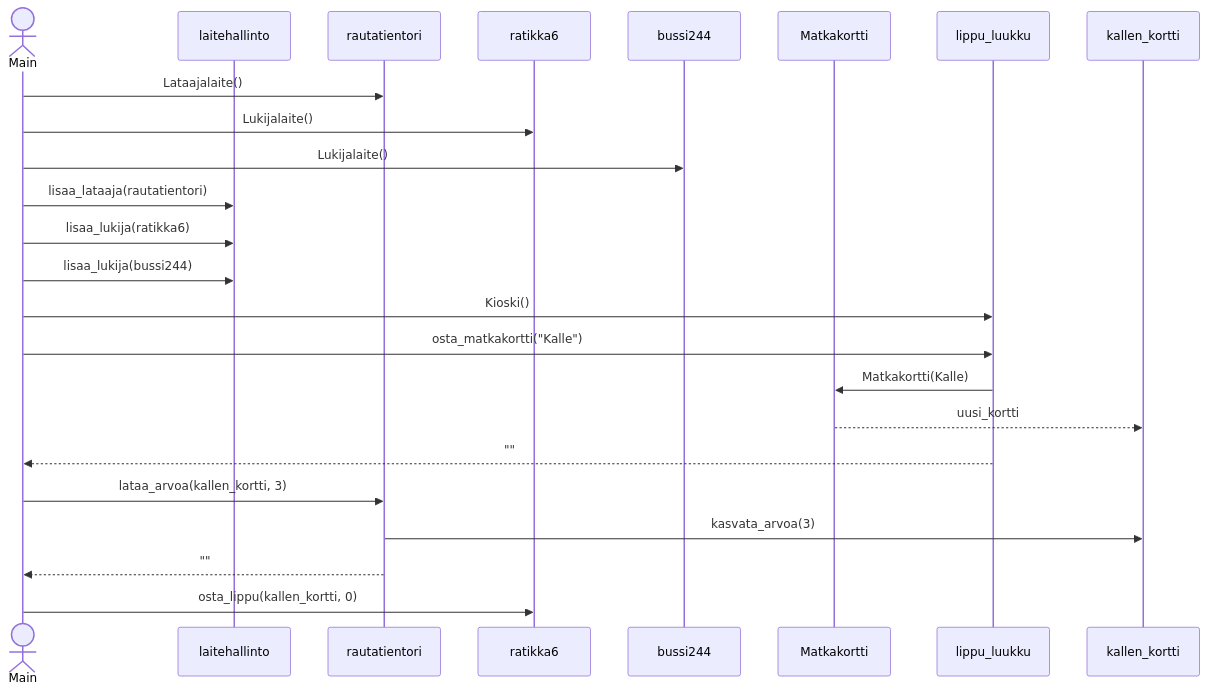
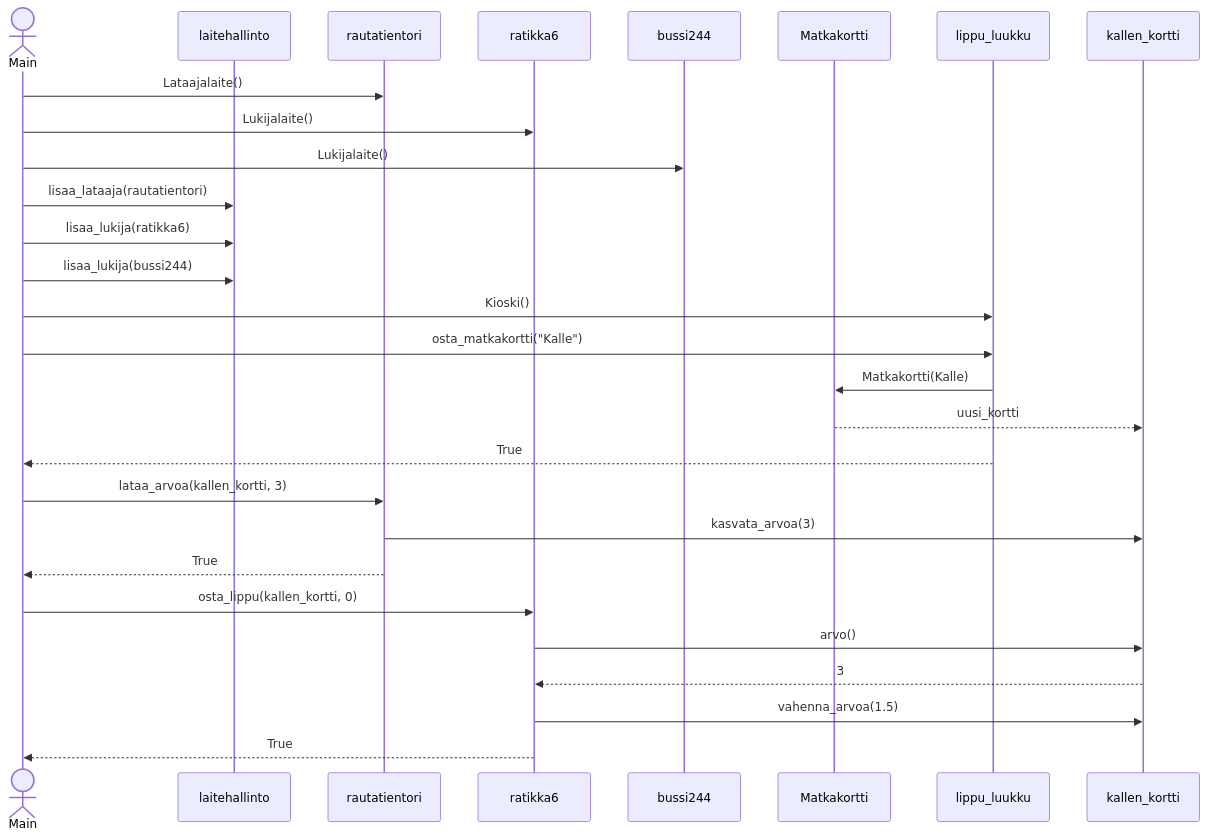
Before and after one commit to Germuu/ot-harjoitusty-: the diagram in laskarit/viikko3/sekvenssikaavio.md, drawn with Mermaid.

````diff
--- a/laskarit/viikko3/sekvenssikaavio.md
+++ b/laskarit/viikko3/sekvenssikaavio.md
@@ -1,37 +1,41 @@
 ```mermaid
 sequenceDiagram
   actor Main
   participant laitehallinto
   participant rautatientori
   participant ratikka6
   participant bussi244
   participant Matkakortti
   
   Main ->> rautatientori : Lataajalaite()
   Main ->> ratikka6: Lukijalaite()
   Main ->> bussi244: Lukijalaite()
 
   Main ->> laitehallinto : lisaa_lataaja(rautatientori)
   Main ->> laitehallinto : lisaa_lukija(ratikka6)
   Main ->> laitehallinto : lisaa_lukija(bussi244)
 
   Main ->> lippu_luukku : Kioski()
   Main ->> lippu_luukku : osta_matkakortti("Kalle")
   lippu_luukku ->> Matkakortti : Matkakortti(Kalle)
   Matkakortti -->> kallen_kortti : uusi_kortti
-  lippu_luukku -->> Main : ""
+  lippu_luukku -->> Main : True
 
   Main ->> rautatientori : lataa_arvoa(kallen_kortti, 3)
   rautatientori ->> kallen_kortti : kasvata_arvoa(3)
-  rautatientori -->> Main : ""
+  rautatientori -->> Main : True
 
   Main ->> ratikka6 : osta_lippu(kallen_kortti, 0)
+  ratikka6 ->> kallen_kortti : arvo()
+  kallen_kortti -->> ratikka6 : 3
+  ratikka6 ->> kallen_kortti : vahenna_arvoa(1.5)
+  ratikka6 -->> Main : True
   
   
   
 
   
   
 
  
 ```
````
